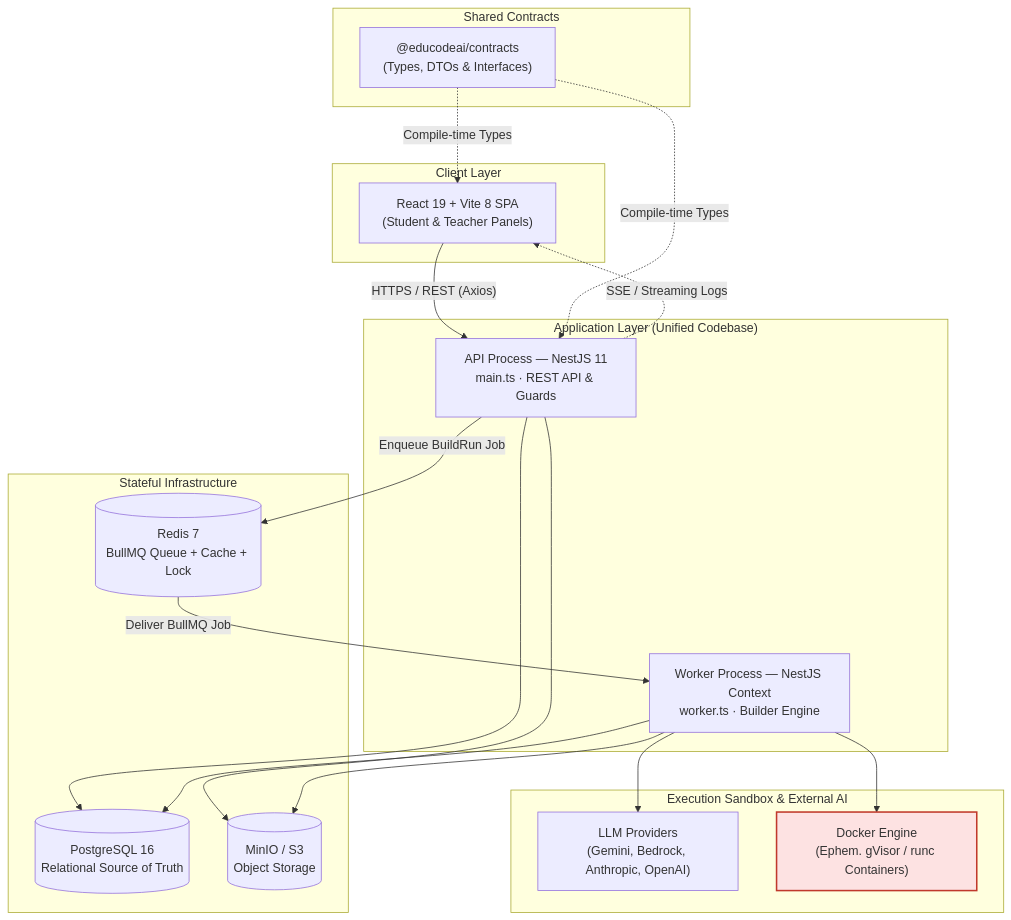
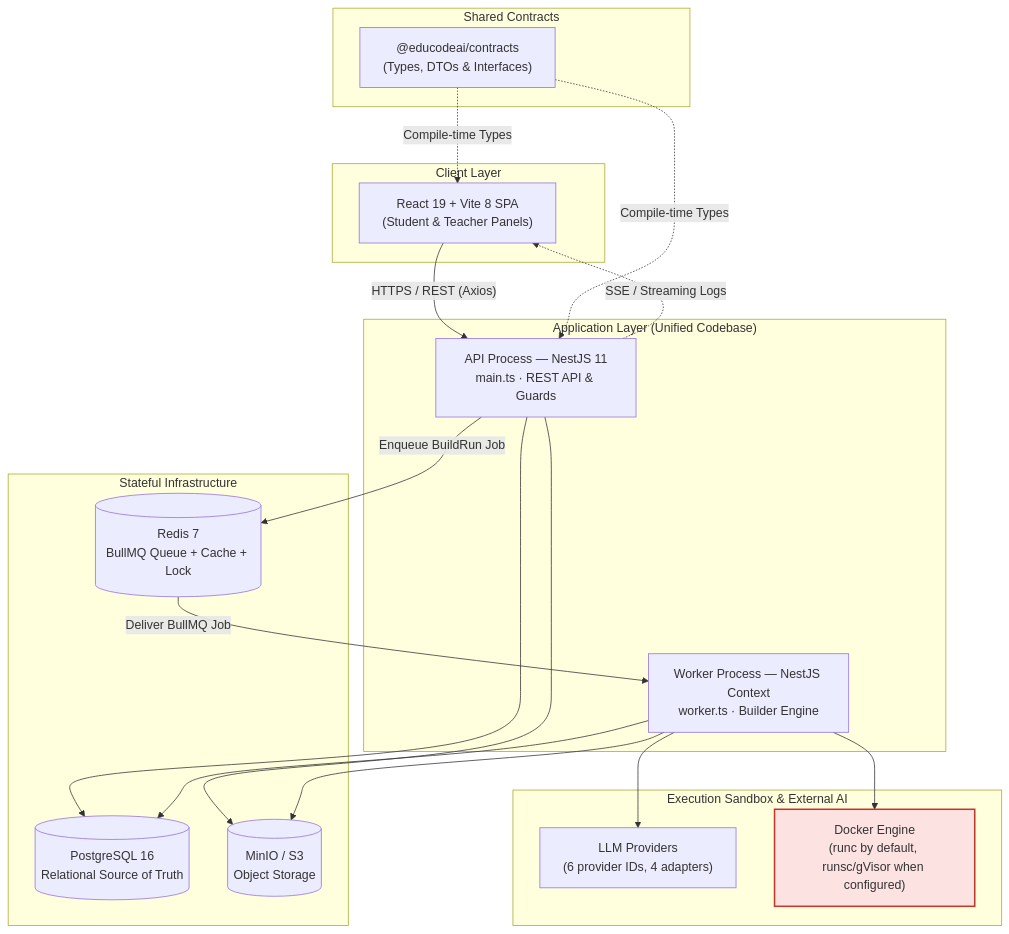
Before and after one commit to agu-aariza/DockUS: the first of 3 diagrams in ARCHITECTURE.md, drawn with Mermaid. The commit also changed other lines of this file and 58 other files, not shown here.

Commit message:
docs: consolidate platform architecture and operations

````diff
--- a/ARCHITECTURE.md
+++ b/ARCHITECTURE.md
@@ -25,42 +25,42 @@
 ```mermaid
 flowchart TB
     subgraph Client["Client Layer"]
         SPA["React 19 + Vite 8 SPA<br/>(Student & Teacher Panels)"]
     end
 
     subgraph Contracts["Shared Contracts"]
         CONTRACTS["@educodeai/contracts<br/>(Types, DTOs & Interfaces)"]
     end
 
     subgraph App["Application Layer (Unified Codebase)"]
         API["API Process — NestJS 11<br/>main.ts · REST API & Guards"]
         WORKER["Worker Process — NestJS Context<br/>worker.ts · Builder Engine"]
     end
 
     subgraph Infrastructure["Stateful Infrastructure"]
         PG[("PostgreSQL 16<br/>Relational Source of Truth")]
         REDIS[("Redis 7<br/>BullMQ Queue + Cache + Lock")]
         MINIO[("MinIO / S3<br/>Object Storage")]
     end
 
     subgraph Sandbox["Execution Sandbox & External AI"]
-        LLM["LLM Providers<br/>(Gemini, Bedrock, Anthropic, OpenAI)"]
-        DOCKER["Docker Engine<br/>(Ephem. gVisor / runc Containers)"]
+        LLM["LLM Providers<br/>(6 provider IDs, 4 adapters)"]
+        DOCKER["Docker Engine<br/>(runc by default, runsc/gVisor when configured)"]
     end
 
     SPA -->|"HTTPS / REST (Axios)"| API
     CONTRACTS -.->|"Compile-time Types"| SPA
     CONTRACTS -.->|"Compile-time Types"| API
     API -.->|"SSE / Streaming Logs"| SPA
     API -->|"Enqueue BuildRun Job"| REDIS
     REDIS -->|"Deliver BullMQ Job"| WORKER
     API --> PG
     API --> MINIO
     WORKER --> PG
     WORKER --> MINIO
     WORKER --> LLM
     WORKER --> DOCKER
 
     classDef untrusted fill:#fde2e2,stroke:#c0392b,stroke-width:2px
     class DOCKER untrusted
 ```
````
